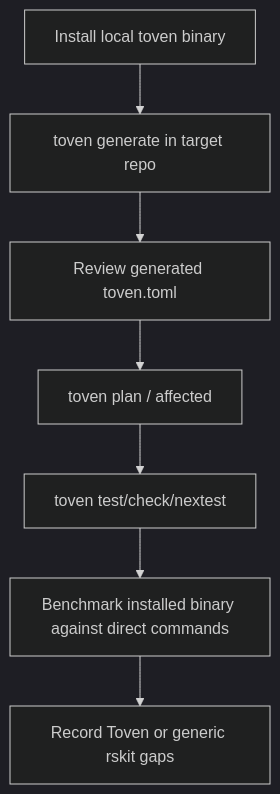
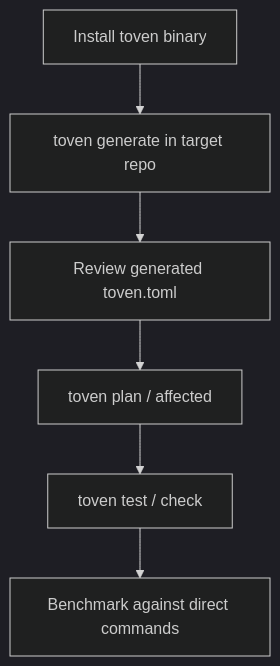
The fifth of 5 diagrams in docs/scenarios.md (kbukum/toven), drawn with Mermaid (dark theme) before and after one commit. The commit also changed other lines of this file and 13 other files, not shown here.

````diff
--- a/docs/scenarios.md
+++ b/docs/scenarios.md
@@ -74,9 +74,8 @@
 ```mermaid
 flowchart TD
-    Install[Install local toven binary] --> Generate[toven generate in target repo]
+    Install[Install toven binary] --> Generate[toven generate in target repo]
     Generate --> Review[Review generated toven.toml]
     Review --> Plan[toven plan / affected]
-    Plan --> Run[toven test/check/nextest]
-    Run --> Bench[Benchmark installed binary against direct commands]
-    Bench --> Fix[Record Toven or generic rskit gaps]
+    Plan --> Run[toven test / check]
+    Run --> Bench[Benchmark against direct commands]
 ```
````
